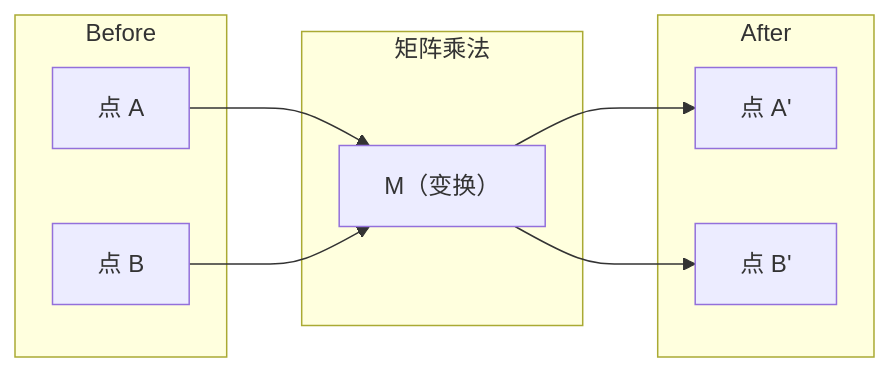
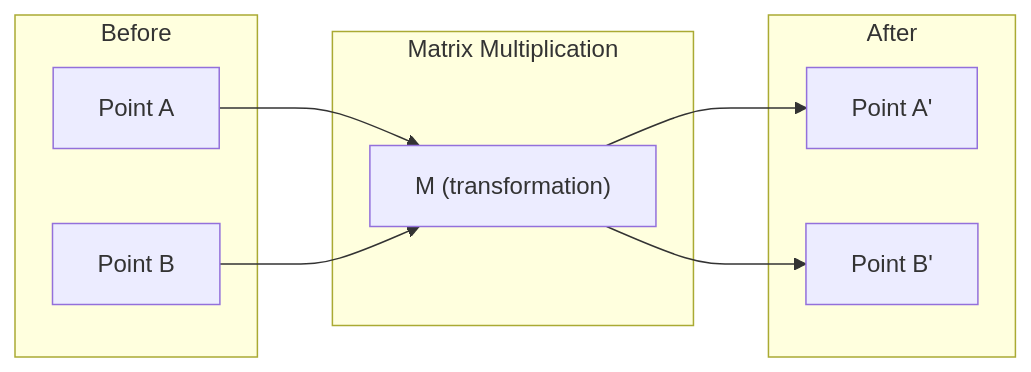
The first of 2 diagrams in phases/01-math-foundations/01-linear-algebra-intuition/docs/zh.md (omigaZen/ai-engineering-from-scratch), drawn with Mermaid before and after one commit. The commit also changed other lines of this file and 32 other files, not shown here.

````diff
--- a/phases/01-math-foundations/01-linear-algebra-intuition/docs/zh.md
+++ b/phases/01-math-foundations/01-linear-algebra-intuition/docs/zh.md
@@ -46,18 +46,18 @@
 ```mermaid
 graph LR
     subgraph Before
-        A["点 A"]
-        B["点 B"]
+        A["Point A"]
+        B["Point B"]
     end
-    subgraph Matrix["矩阵乘法"]
-        M["M（变换）"]
+    subgraph Matrix["Matrix Multiplication"]
+        M["M (transformation)"]
     end
     subgraph After
-        A2["点 A'"]
-        B2["点 B'"]
+        A2["Point A'"]
+        B2["Point B'"]
     end
     A --> M
     B --> M
     M --> A2
     M --> B2
 ```
````
